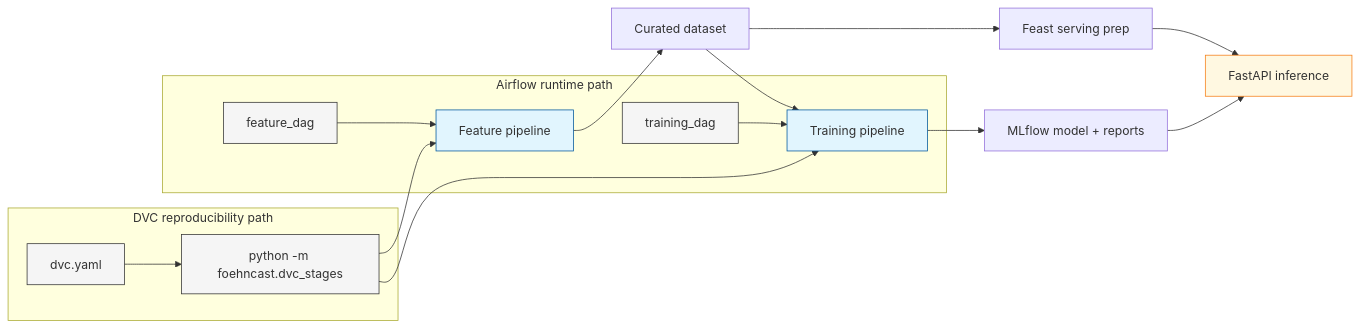
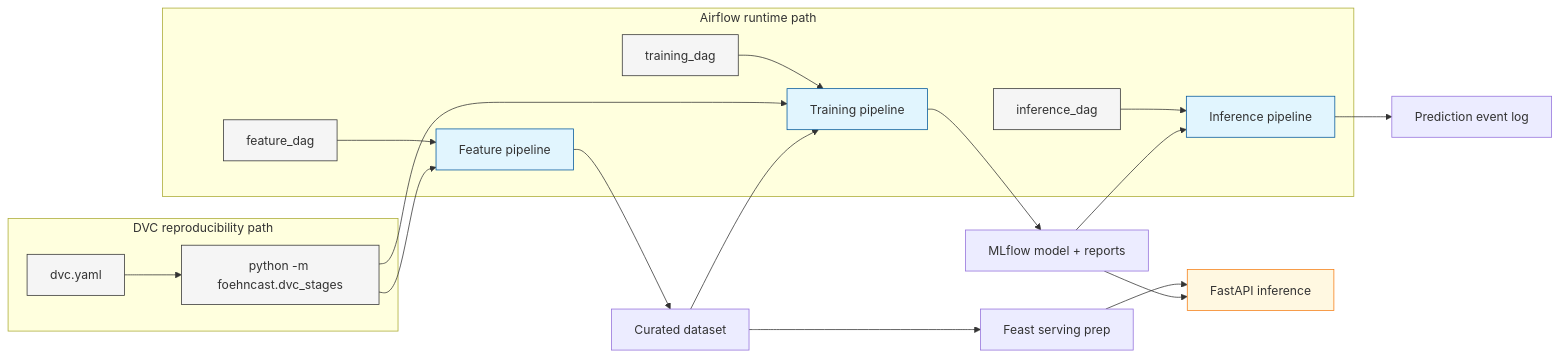
Before and after one commit to javihslu/foehncast: the second of 6 diagrams in docs/site/system/architecture.md, drawn with Mermaid. The commit also changed other lines of this file and 5 other files, not shown here.

```diff
--- a/docs/site/system/architecture.md
+++ b/docs/site/system/architecture.md
@@ -92,25 +92,28 @@
 <div class="mermaid">
 flowchart LR
     classDef ctl fill:#f5f5f5,stroke:#333
     classDef pipe fill:#e1f5fe,stroke:#01579b
     classDef store fill:#ececff,stroke:#9370db
     classDef serve fill:#fff8e1,stroke:#f57f17
 
     subgraph DVCPath ["DVC reproducibility path"]
         DVCY["dvc.yaml"]:::ctl --> DVCCLI["python -m foehncast.dvc_stages"]:::ctl
     end
 
     subgraph AirflowPath ["Airflow runtime path"]
         FDAG["feature_dag"]:::ctl --> FEAT["Feature pipeline"]:::pipe
         TDAG["training_dag"]:::ctl --> TRAIN["Training pipeline"]:::pipe
+        IDAG["inference_dag"]:::ctl --> INF["Inference pipeline"]:::pipe
     end
 
     DVCCLI --> FEAT
     DVCCLI --> TRAIN
     FEAT --> CUR["Curated dataset"]:::store
     CUR --> TRAIN
     CUR --> FEAST["Feast serving prep"]:::store
     TRAIN --> REG["MLflow model + reports"]:::store
+    REG --> INF
+    INF --> PLOG["Prediction event log"]:::store
     FEAST --> API["FastAPI inference"]:::serve
     REG --> API
 </div>
```
